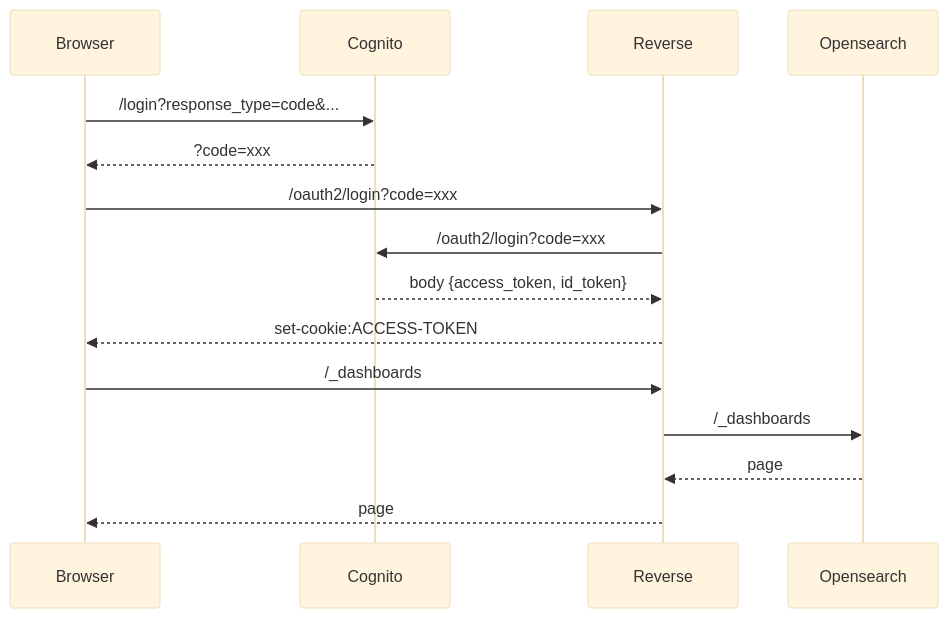
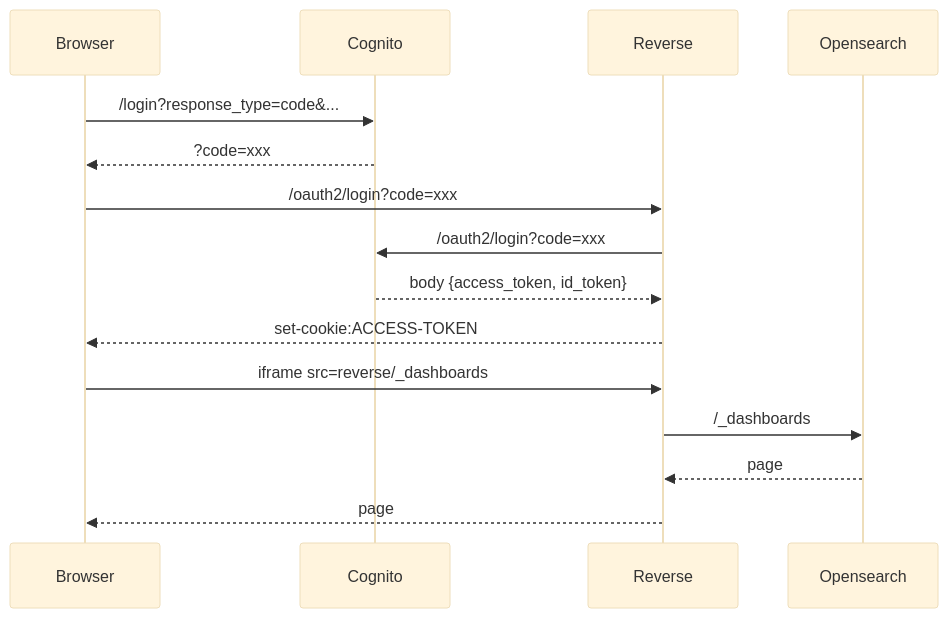
Before and after one commit to orlandobrea/opensearch-dashboard-login: the diagram in README.md, drawn with Mermaid (base theme).

````diff
--- a/README.md
+++ b/README.md
@@ -15,13 +15,13 @@
 ```mermaid
 sequenceDiagram
     Browser->>Cognito: /login?response_type=code&...
     Cognito-->>Browser: ?code=xxx
     Browser->>Reverse: /oauth2/login?code=xxx
     Reverse->>Cognito: /oauth2/login?code=xxx
     Cognito-->>Reverse: body {access_token, id_token}
     Reverse-->>Browser: set-cookie:ACCESS-TOKEN
-    Browser->>Reverse: /_dashboards
+    Browser->>Reverse: iframe src=reverse/_dashboards
     Reverse->>Opensearch: /_dashboards
     Opensearch-->>Reverse: page
     Reverse-->>Browser: page
 ```
````
